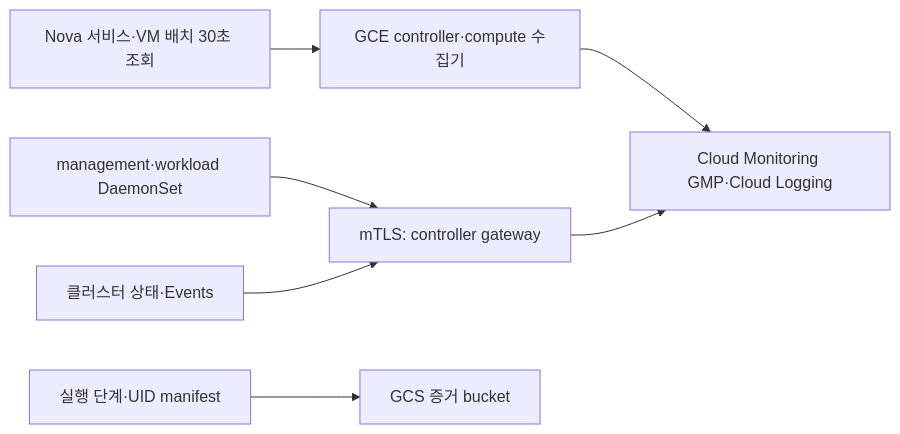
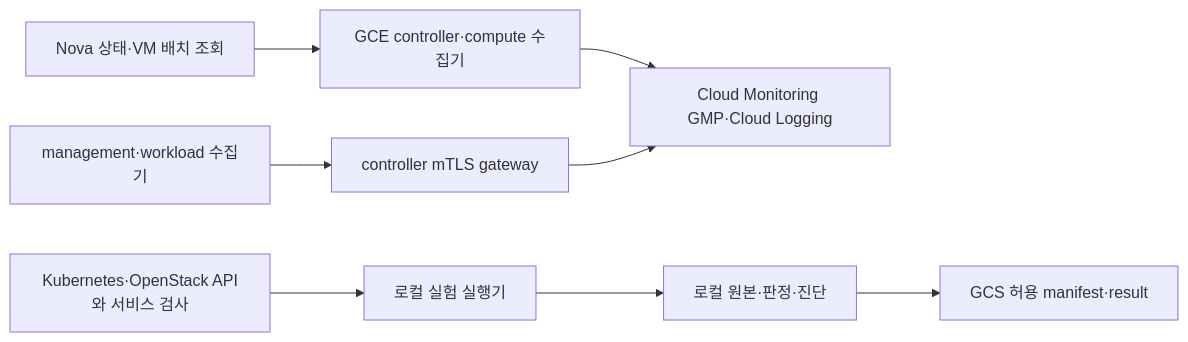
Before and after one commit to hyeonski/openstack-k8s: the diagram in observability/README.md, drawn with Mermaid. The commit also changed other lines of this file and 32 other files, not shown here.

````diff
--- a/observability/README.md
+++ b/observability/README.md
@@ -7,9 +10,10 @@
 ```mermaid
 flowchart LR
   H[GCE controller·compute 수집기] --> G[Cloud Monitoring GMP·Cloud Logging]
-  K[management·workload DaemonSet] --> T[mTLS: controller gateway]
-  C[클러스터 상태·Events] --> T
+  K[management·workload 수집기] --> T[controller mTLS gateway]
   T --> G
-  O[Nova 서비스·VM 배치 30초 조회] --> H
-  R[실행 단계·UID manifest] --> S[GCS 증거 bucket]
+  O[Nova 상태·VM 배치 조회] --> H
+  A[Kubernetes·OpenStack API와 서비스 검사] --> R[로컬 실험 실행기]
+  R --> L[로컬 원본·판정·진단]
+  L --> S[GCS 허용 manifest·result]
 ```
````
